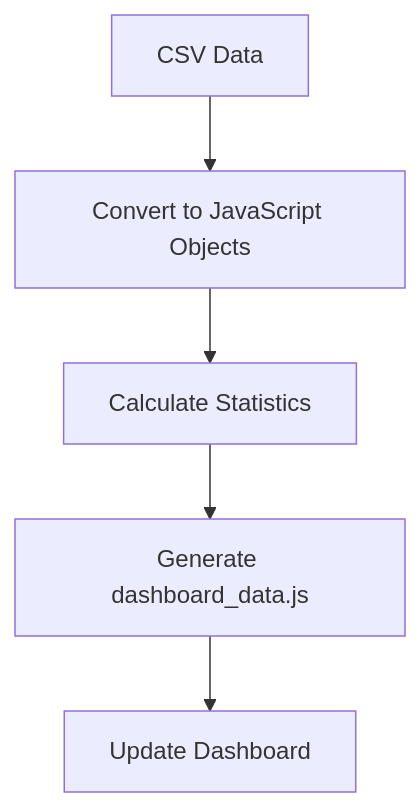
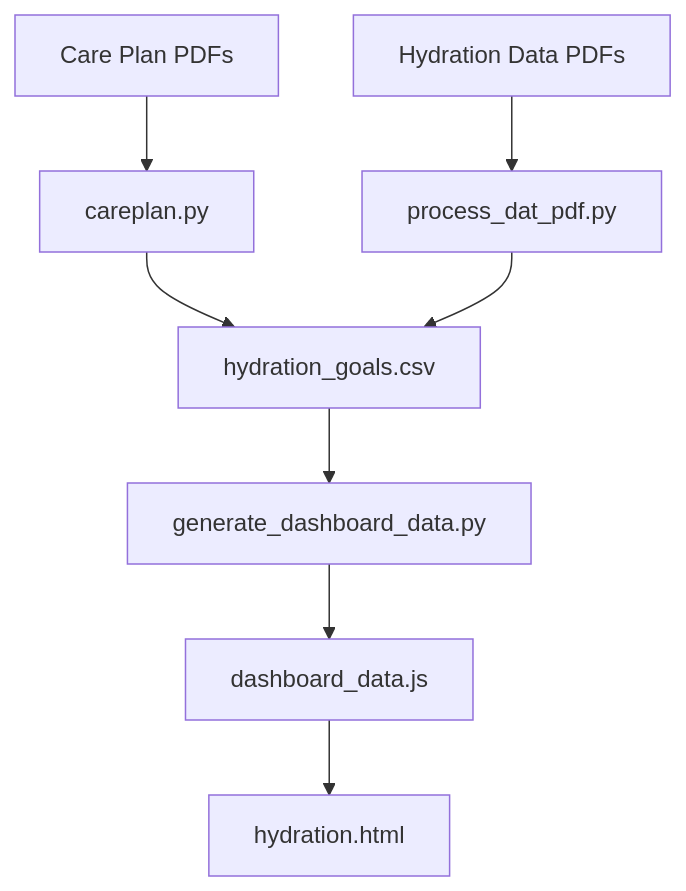
One commit to FallyxInc/hydration changed the second of 2 diagrams in README.md. Above: the diagram before and after it, drawn with Mermaid. The commit also changed other lines of this file and 4 other files, not shown here.

First line of the commit message:
Update comprehensive documentation for hydration dashboard system

````diff
--- a/README.md
+++ b/README.md
@@ -162,7 +175,10 @@
 ```mermaid
 graph TD
-    A[CSV Data] --> B[Convert to JavaScript Objects]
-    B --> C[Calculate Statistics]
-    C --> D[Generate dashboard_data.js]
-    D --> E[Update Dashboard]
+    A[Care Plan PDFs] --> B[careplan.py]
+    C[Hydration Data PDFs] --> D[process_dat_pdf.py]
+    B --> E[hydration_goals.csv]
+    D --> E
+    E --> F[generate_dashboard_data.py]
+    F --> G[dashboard_data.js]
+    G --> H[hydration.html]
 ```
````
